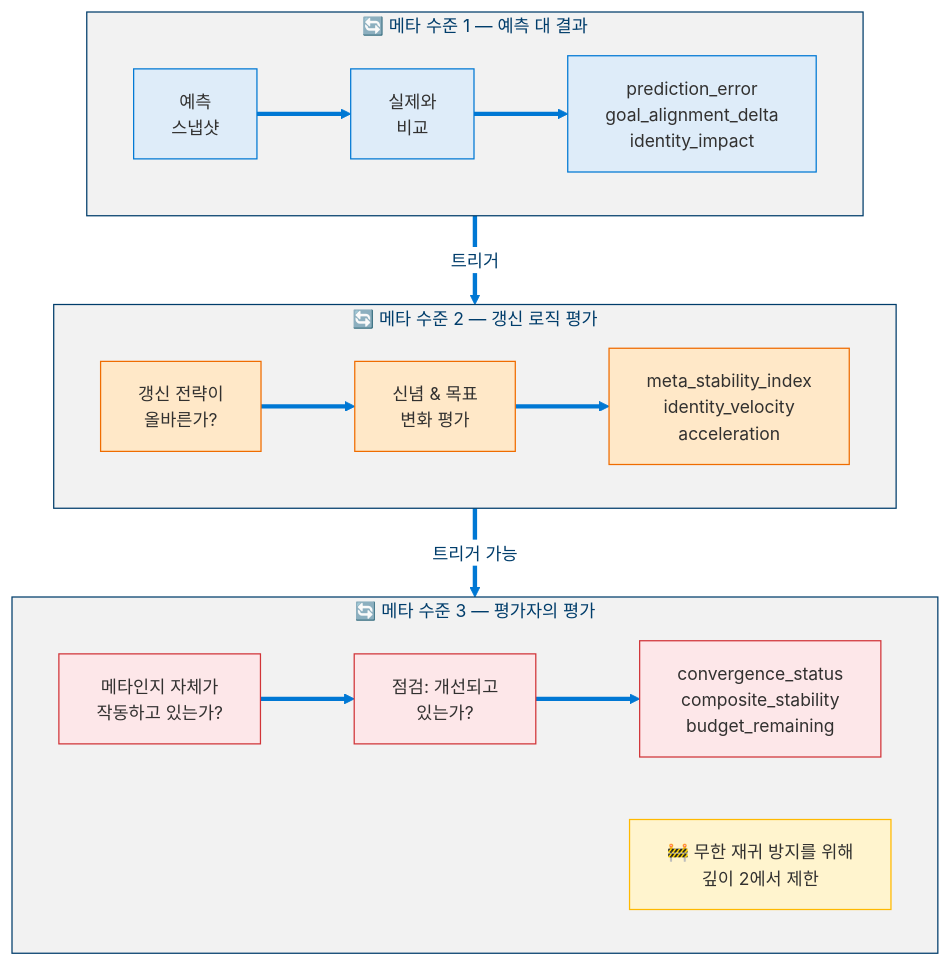
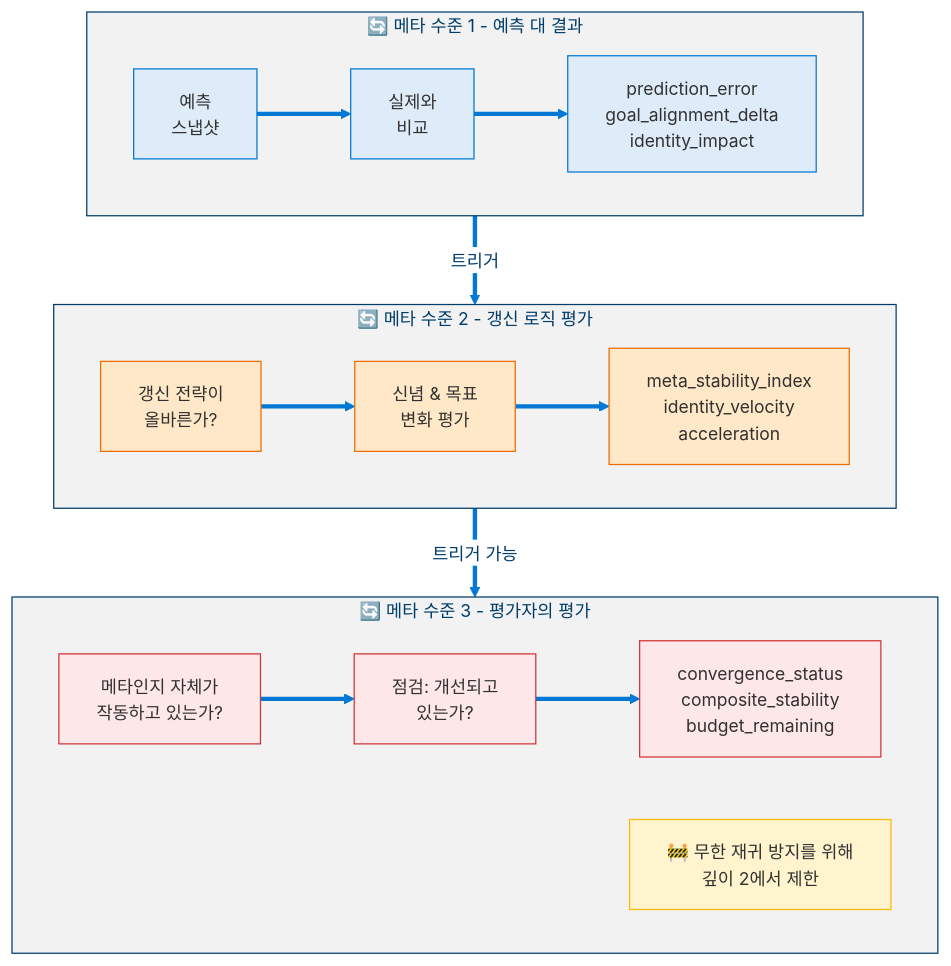
One commit to dotnetpower/mscp changed the eighth of 19 diagrams in docs/levels/Level_3_Self_Regulating_Agent.ko.md. Above: the diagram before and after it, drawn with Mermaid. The commit also changed other lines of this file and 26 other files, not shown here.

````diff
--- a/docs/levels/Level_3_Self_Regulating_Agent.ko.md
+++ b/docs/levels/Level_3_Self_Regulating_Agent.ko.md
@@ -532,36 +532,36 @@
 ```mermaid
 %%{init: {'theme': 'base', 'themeVariables': {'primaryColor': '#0078D4', 'primaryTextColor': '#003D6B', 'primaryBorderColor': '#003D6B', 'secondaryColor': '#50E6FF', 'secondaryTextColor': '#323130', 'secondaryBorderColor': '#00BCF2', 'tertiaryColor': '#F2F2F2', 'tertiaryTextColor': '#323130', 'lineColor': '#0078D4', 'textColor': '#323130', 'mainBkg': '#DEECF9', 'nodeBorder': '#0078D4', 'clusterBkg': '#F2F2F2', 'clusterBorder': '#003D6B', 'titleColor': '#003D6B', 'edgeLabelBackground': '#FFFFFF', 'fontSize': '14px'}}}%%
 flowchart TD
   classDef level1 fill:#DEECF9,stroke:#0078D4,color:#323130
   classDef level2 fill:#FFE8C8,stroke:#EF6C00,color:#323130
   classDef level3 fill:#FDE7E9,stroke:#D13438,color:#323130
   classDef warning fill:#FFF4CE,stroke:#FFB900,color:#323130
 
-  subgraph MetaL1["🔄 메타 수준 1 — 예측 대 결과"]
+  subgraph MetaL1["🔄 메타 수준 1 - 예측 대 결과"]
     P1["예측<br/>스냅샷"]:::level1
     C1["실제와<br/>비교"]:::level1
     D1["prediction_error<br/>goal_alignment_delta<br/>identity_impact"]:::level1
     P1 ==> C1
     C1 ==> D1
   end
 
-  subgraph MetaL2["🔄 메타 수준 2 — 갱신 로직 평가"]
+  subgraph MetaL2["🔄 메타 수준 2 - 갱신 로직 평가"]
     P2["갱신 전략이<br/>올바른가?"]:::level2
     C2["신념 & 목표<br/>변화 평가"]:::level2
     D2["meta_stability_index<br/>identity_velocity<br/>acceleration"]:::level2
     P2 ==> C2
     C2 ==> D2
   end
 
-  subgraph MetaL3["🔄 메타 수준 3 — 평가자의 평가"]
+  subgraph MetaL3["🔄 메타 수준 3 - 평가자의 평가"]
     P3["메타인지 자체가<br/>작동하고 있는가?"]:::level3
     C3["점검: 개선되고<br/>있는가?"]:::level3
     D3["convergence_status<br/>composite_stability<br/>budget_remaining"]:::level3
     NOTE3["🚧 무한 재귀 방지를 위해<br/>깊이 2에서 제한"]:::warning
     P3 ==> C3
     C3 ==> D3
   end
 
   MetaL1 ==>|트리거| MetaL2
   MetaL2 ==>|트리거 가능| MetaL3
 ```
````
